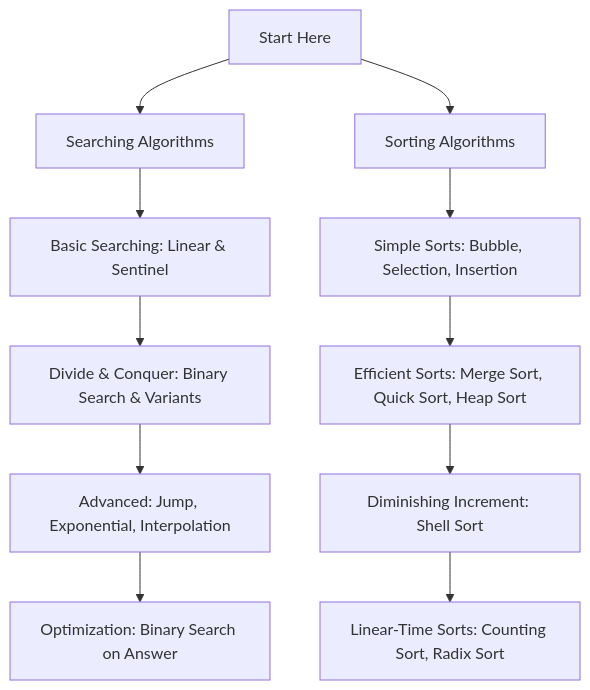
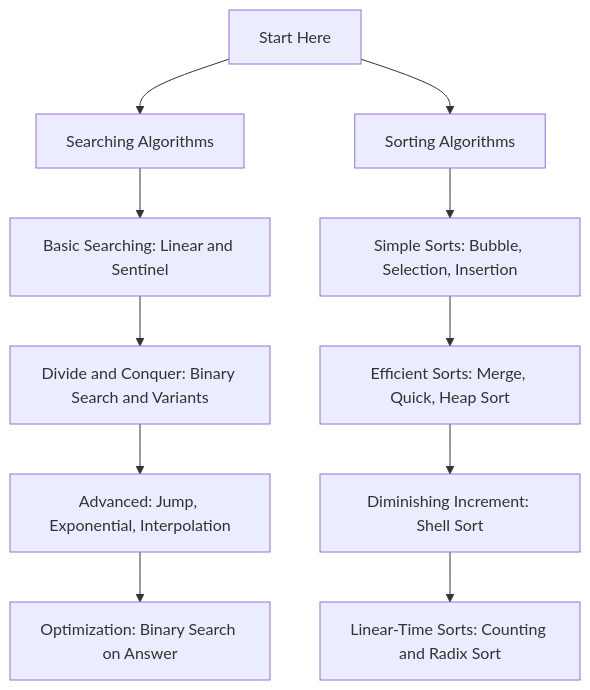
The diagram in README.md (priteshbhoi/programming-algorithm), drawn with Mermaid before and after one commit.

Commit message:
fix(readme): update mermaid flowchart syntax for GitHub rendering compatibility

````diff
--- a/README.md
+++ b/README.md
@@ -75,15 +75,15 @@
 ```mermaid
-graph TD
-    A[Start Here] --> B[Searching Algorithms]
-    A --> C[Sorting Algorithms]
+flowchart TD
+    Start[Start Here] --> Search[Searching Algorithms]
+    Start --> Sort[Sorting Algorithms]
     
-    B --> B1["Basic Searching: Linear & Sentinel"]
-    B1 --> B2["Divide & Conquer: Binary Search & Variants"]
-    B2 --> B3["Advanced: Jump, Exponential, Interpolation"]
-    B3 --> B4["Optimization: Binary Search on Answer"]
+    Search --> S1[Basic Searching: Linear and Sentinel]
+    S1 --> S2[Divide and Conquer: Binary Search and Variants]
+    S2 --> S3[Advanced: Jump, Exponential, Interpolation]
+    S3 --> S4[Optimization: Binary Search on Answer]
     
-    C --> C1["Simple Sorts: Bubble, Selection, Insertion"]
-    C1 --> C2["Efficient Sorts: Merge Sort, Quick Sort, Heap Sort"]
-    C2 --> C3["Diminishing Increment: Shell Sort"]
-    C3 --> C4["Linear-Time Sorts: Counting Sort, Radix Sort"]
+    Sort --> Sort1[Simple Sorts: Bubble, Selection, Insertion]
+    Sort1 --> Sort2[Efficient Sorts: Merge, Quick, Heap Sort]
+    Sort2 --> Sort3[Diminishing Increment: Shell Sort]
+    Sort3 --> Sort4[Linear-Time Sorts: Counting and Radix Sort]
 ```
````
